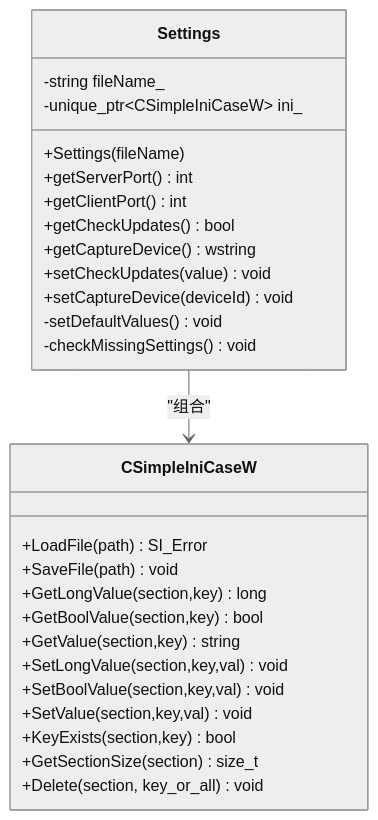
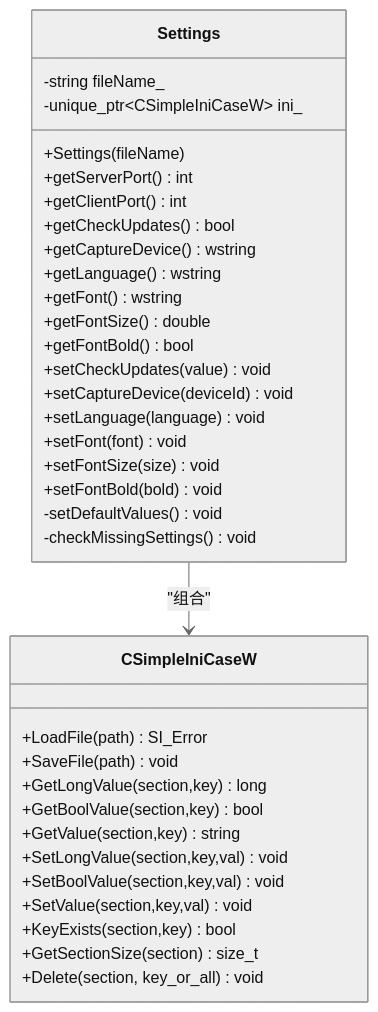
The third of 7 diagrams in .qoder/repowiki/zh/content/配置管理.md (tea4go/SoundRemote-WinServer), drawn with Mermaid (neutral theme) before and after one commit. The commit also changed other lines of this file and 11 other files, not shown here.

````diff
--- a/.qoder/repowiki/zh/content/配置管理.md
+++ b/.qoder/repowiki/zh/content/配置管理.md
@@ -112,30 +127,38 @@
 ```mermaid
 classDiagram
 class Settings {
 -string fileName_
 -unique_ptr~CSimpleIniCaseW~ ini_
 +Settings(fileName)
 +getServerPort() int
 +getClientPort() int
 +getCheckUpdates() bool
 +getCaptureDevice() wstring
++getLanguage() wstring
++getFont() wstring
++getFontSize() double
++getFontBold() bool
 +setCheckUpdates(value) void
 +setCaptureDevice(deviceId) void
++setLanguage(language) void
++setFont(font) void
++setFontSize(size) void
++setFontBold(bold) void
 -setDefaultValues() void
 -checkMissingSettings() void
 }
 class CSimpleIniCaseW {
 +LoadFile(path) SI_Error
 +SaveFile(path) void
 +GetLongValue(section,key) long
 +GetBoolValue(section,key) bool
 +GetValue(section,key) string
 +SetLongValue(section,key,val) void
 +SetBoolValue(section,key,val) void
 +SetValue(section,key,val) void
 +KeyExists(section,key) bool
 +GetSectionSize(section) size_t
 +Delete(section, key_or_all) void
 }
 Settings --> CSimpleIniCaseW : "组合"
 ```
````
